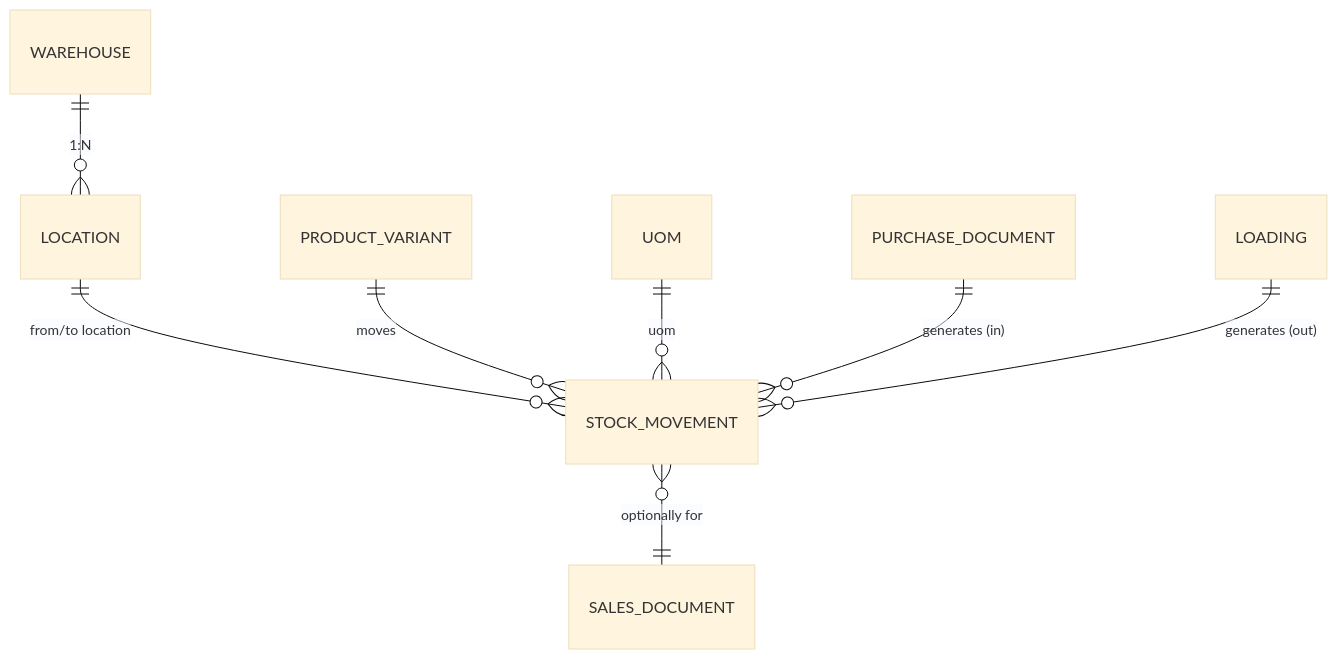
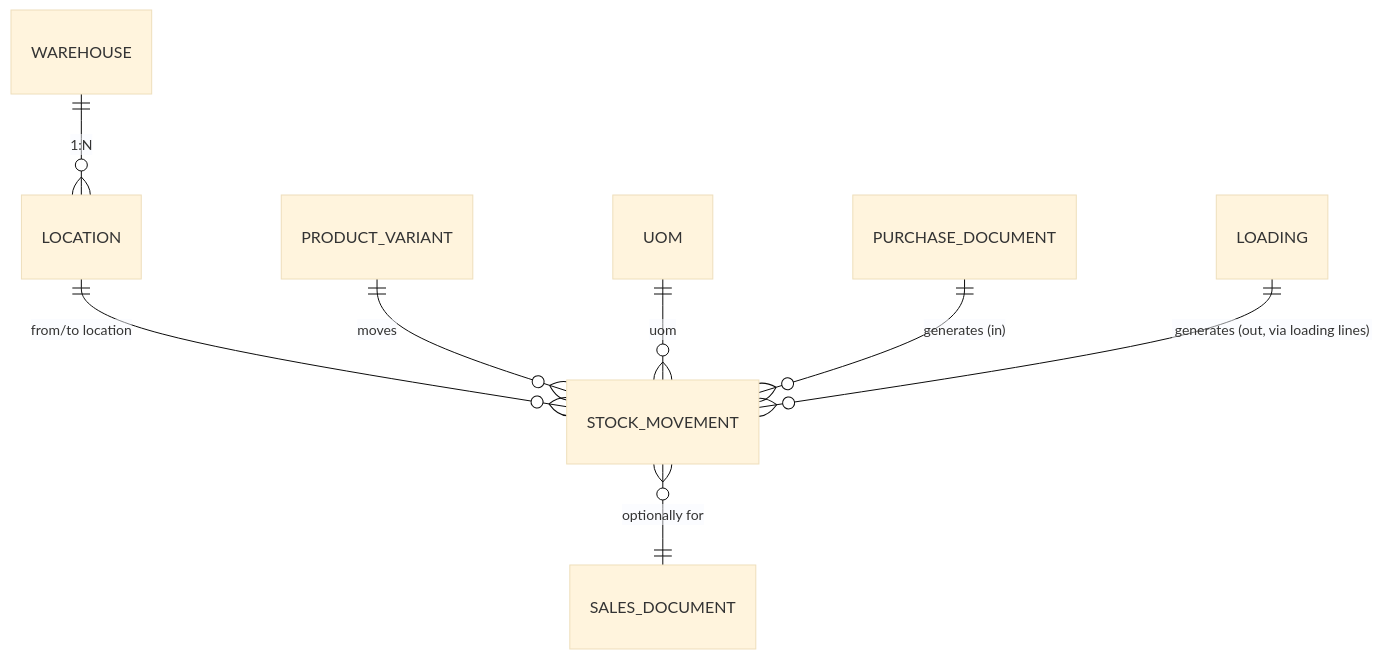
The fifth of 8 diagrams in docs/02-erd.md (h08831n/tcerp2), drawn with Mermaid (base theme) before and after one commit. The commit also changed other lines of this file and 101 other files, not shown here.

````diff
--- a/docs/02-erd.md
+++ b/docs/02-erd.md
@@ -123,10 +175,10 @@
 ```mermaid
 erDiagram
     WAREHOUSE ||--o{ LOCATION : "1:N"
     LOCATION ||--o{ STOCK_MOVEMENT : "from/to location"
     PRODUCT_VARIANT ||--o{ STOCK_MOVEMENT : moves
     UOM ||--o{ STOCK_MOVEMENT : uom
     PURCHASE_DOCUMENT ||--o{ STOCK_MOVEMENT : "generates (in)"
-    LOADING ||--o{ STOCK_MOVEMENT : "generates (out)"
+    LOADING ||--o{ STOCK_MOVEMENT : "generates (out, via loading lines)"
     STOCK_MOVEMENT }o--|| SALES_DOCUMENT : "optionally for"
 ```
````
